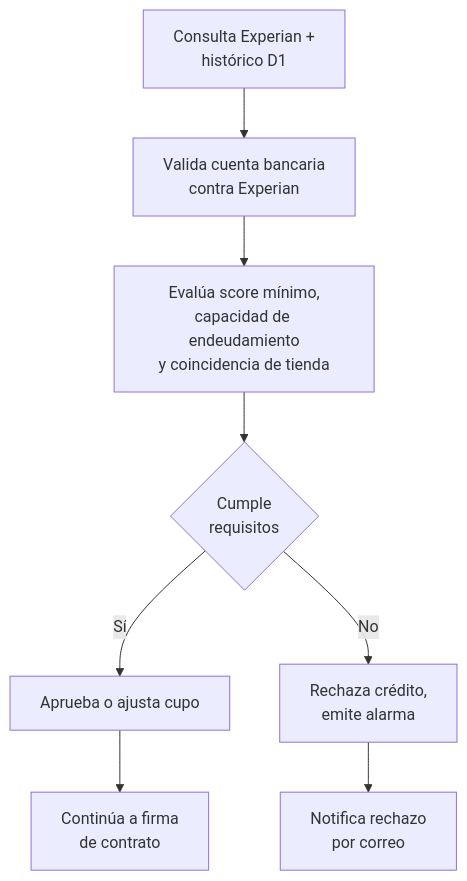
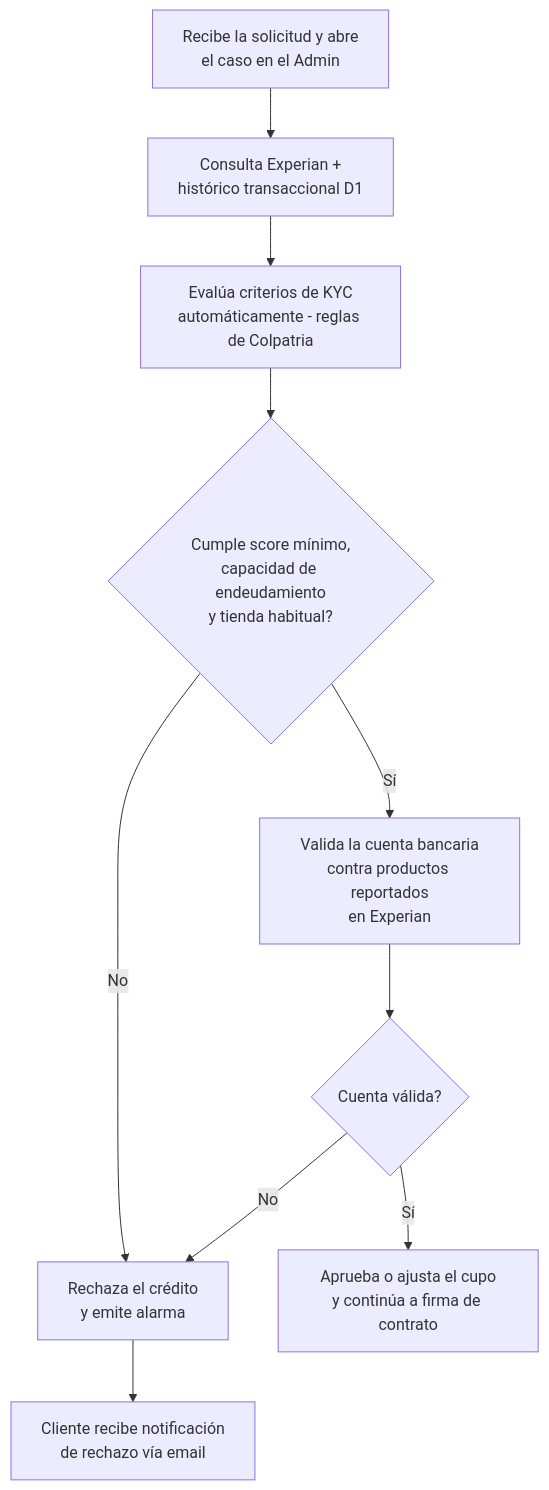
Before and after one commit to MariaFer2006/documentaci-n_flipa-: the diagram in negocio/procesos/04-evaluacion-riesgo.md, drawn with Mermaid. The commit also changed other lines of this file, not shown here.

First line of the commit message:
Actualiza evaluación de riesgo y criterios de KYC

````diff
--- a/negocio/procesos/04-evaluacion-riesgo.md
+++ b/negocio/procesos/04-evaluacion-riesgo.md
@@ -16,10 +38,12 @@
 ```mermaid
 flowchart TD
-    A[Consulta Experian +\nhistórico D1] --> B[Valida cuenta bancaria\ncontra Experian]
-    B --> C[Evalúa score mínimo,\ncapacidad de endeudamiento\ny coincidencia de tienda]
-    C --> D{Cumple\nrequisitos}
-    D -->|Sí| E[Aprueba o ajusta cupo]
-    E --> F[Continúa a firma\nde contrato]
-    D -->|No| G[Rechaza crédito,\nemite alarma]
-    G --> H[Notifica rechazo\npor correo]
+    A[Recibe la solicitud y abre\nel caso en el Admin] --> B[Consulta Experian +\nhistórico transaccional D1]
+    B --> C[Evalúa criterios de KYC\nautomáticamente - reglas de Colpatria]
+    C --> D{Cumple score mínimo,\ncapacidad de endeudamiento\ny tienda habitual?}
+    D -->|No| H[Rechaza el crédito\ny emite alarma]
+    D -->|Sí| E[Valida la cuenta bancaria\ncontra productos reportados\nen Experian]
+    E --> F{Cuenta válida?}
+    F -->|No| H
+    F -->|Sí| G[Aprueba o ajusta el cupo\ny continúa a firma de contrato]
+    H --> I[Cliente recibe notificación\nde rechazo vía email]
 ```
````
